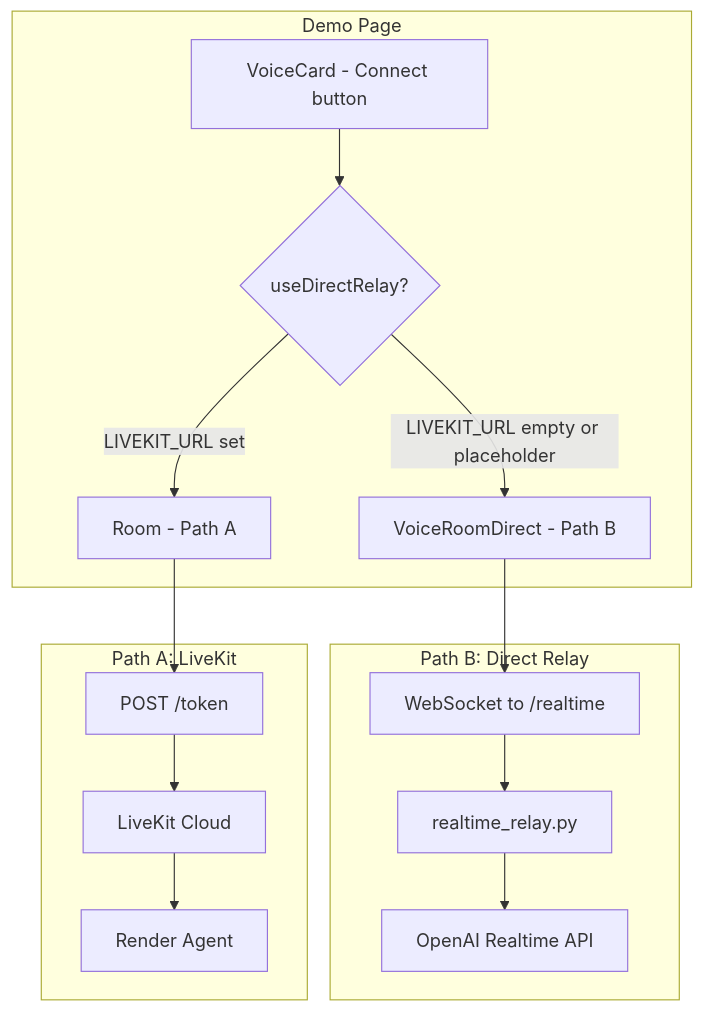
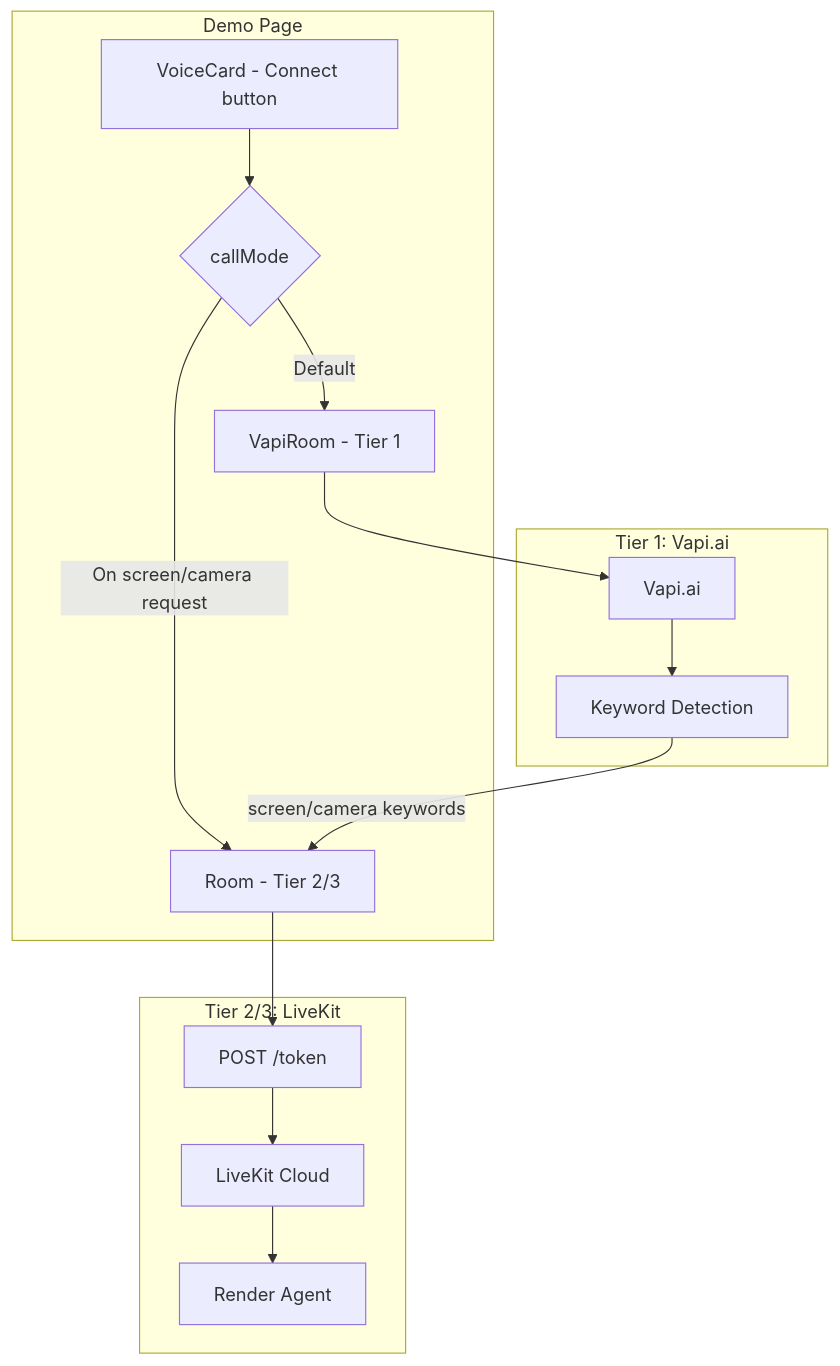
The diagram in docs/VOICE_PIPELINE.md (haminxx/clarte.io), drawn with Mermaid before and after one commit. The commit also changed other lines of this file and 16 other files, not shown here.

````diff
--- a/docs/VOICE_PIPELINE.md
+++ b/docs/VOICE_PIPELINE.md
@@ -7,31 +7,30 @@
 ```mermaid
 flowchart TB
     subgraph DemoPage [Demo Page]
         VoiceCard[VoiceCard - Connect button]
-        PathSelect{useDirectRelay?}
-        VoiceRoomDirect[VoiceRoomDirect - Path B]
-        Room[Room - Path A]
+        PathSelect{callMode}
+        VapiRoom[VapiRoom - Tier 1]
+        Room[Room - Tier 2/3]
     end
 
-    subgraph PathB [Path B: Direct Relay]
-        WS[WebSocket to /realtime]
-        Relay[realtime_relay.py]
-        OpenAI[OpenAI Realtime API]
+    subgraph Tier1 [Tier 1: Vapi.ai]
+        Vapi[Vapi.ai]
+        KeywordDetect[Keyword Detection]
     end
 
-    subgraph PathA [Path A: LiveKit]
+    subgraph Tier2 [Tier 2/3: LiveKit]
         Token[POST /token]
         LiveKit[LiveKit Cloud]
         Agent[Render Agent]
     end
 
     VoiceCard --> PathSelect
-    PathSelect -->|"LIVEKIT_URL empty or placeholder"| VoiceRoomDirect
-    PathSelect -->|"LIVEKIT_URL set"| Room
-    VoiceRoomDirect --> WS
-    WS --> Relay
-    Relay --> OpenAI
+    PathSelect -->|"Default"| VapiRoom
+    PathSelect -->|"On screen/camera request"| Room
+    VapiRoom --> Vapi
+    Vapi --> KeywordDetect
+    KeywordDetect -->|"screen/camera keywords"| Room
     Room --> Token
     Token --> LiveKit
     LiveKit --> Agent
 ```
````
